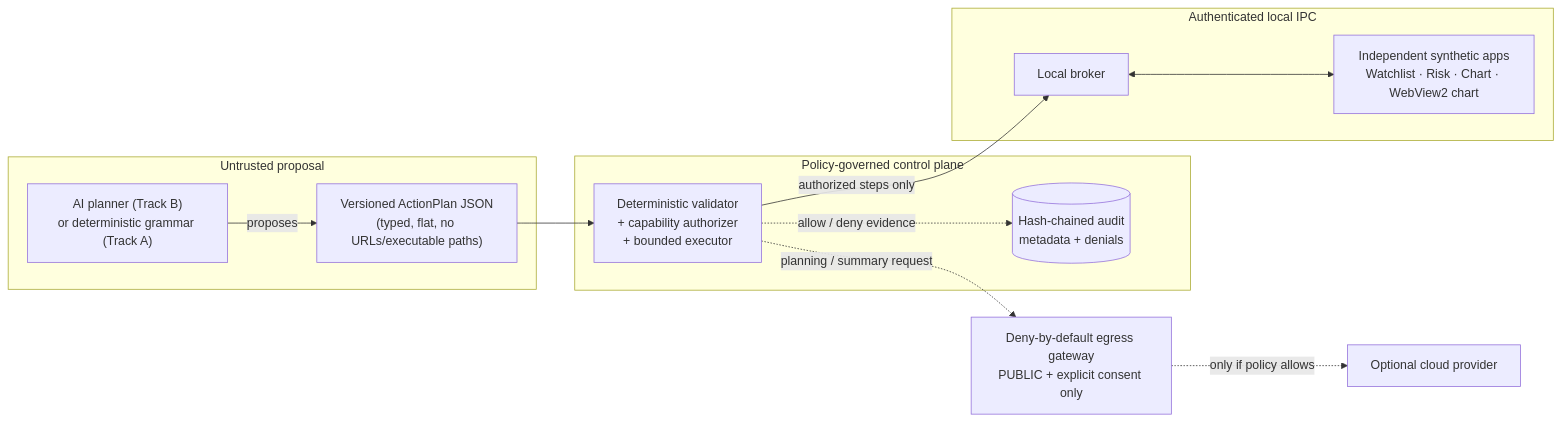
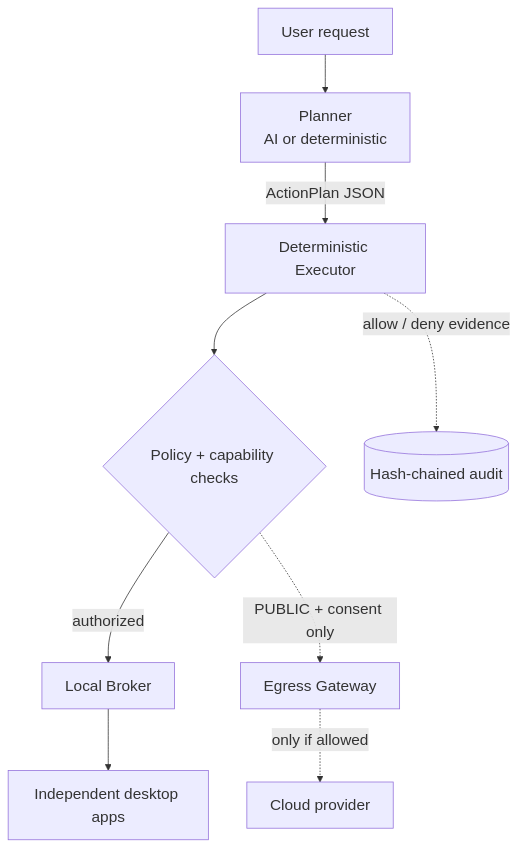
One commit to SergeyGer/AetherWorkspace changed the diagram in README.md. Above: the diagram before and after it, drawn with Mermaid. The commit also changed other lines of this file, not shown here.

Commit message:
docs(readme): redraw architecture diagram with compact large-text layout (#135)
GitHub scales the previous wide LR Mermaid diagram down, making labels small. Replace it with a
vertical TD diagram, short labels and a 20px font directive so the description remains readable at
repository-page width. No claims or runtime changes.

````diff
--- a/README.md
+++ b/README.md
@@ -48,27 +48,12 @@
 ```mermaid
-flowchart LR
-  subgraph Proposal["Untrusted proposal"]
-    Planner["AI planner (Track B)<br/>or deterministic grammar (Track A)"]
-    Plan["Versioned ActionPlan JSON<br/>(typed, flat, no URLs/executable paths)"]
-    Planner -->|proposes| Plan
-  end
-
-  subgraph Control["Policy-governed control plane"]
-    Executor["Deterministic validator<br/>+ capability authorizer<br/>+ bounded executor"]
-    Audit[("Hash-chained audit<br/>metadata + denials")]
-    Plan --> Executor
-    Executor -.->|allow / deny evidence| Audit
-  end
-
-  subgraph Local["Authenticated local IPC"]
-    Broker["Local broker"]
-    Apps["Independent synthetic apps<br/>Watchlist · Risk · Chart · WebView2 chart"]
-    Executor -->|authorized steps only| Broker
-    Broker <--> Apps
-  end
-
-  Cloud["Optional cloud provider"]
-  Egress["Deny-by-default egress gateway<br/>PUBLIC + explicit consent only"]
-  Executor -.->|planning / summary request| Egress
-  Egress -.->|only if policy allows| Cloud
+%%{init: {'themeVariables': {'fontSize': '20px'}}}%%
+flowchart TD
+  Request["User request"] --> Planner["Planner<br/>AI or deterministic"]
+  Planner -->|"ActionPlan JSON"| Executor["Deterministic Executor"]
+  Executor --> Checks{"Policy + capability checks"}
+  Checks -->|"authorized"| Broker["Local Broker"]
+  Broker --> Apps["Independent desktop apps"]
+  Executor -. "allow / deny evidence" .-> Audit[("Hash-chained audit")]
+  Checks -. "PUBLIC + consent only" .-> Egress["Egress Gateway"]
+  Egress -. "only if allowed" .-> Cloud["Cloud provider"]
 ```
````
